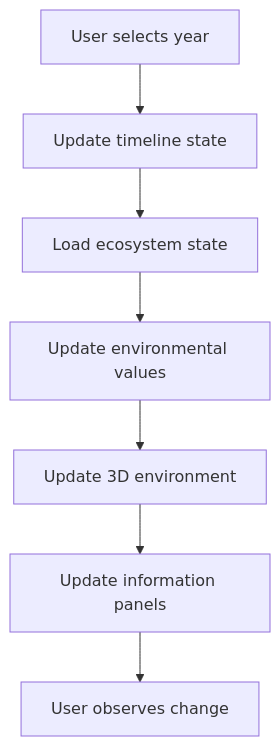
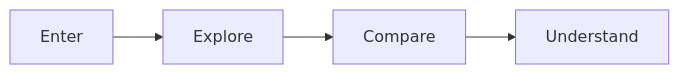
Before and after one commit to KodeMeister-YT/NatureVault: the second of 4 diagrams in README.md, drawn with Mermaid. The commit also changed other lines of this file, not shown here.

````diff
--- a/README.md
+++ b/README.md
@@ -65,9 +81,4 @@
 ```mermaid
-flowchart TD
-    A[User selects year] --> B[Update timeline state]
-    B --> C[Load ecosystem state]
-    C --> D[Update environmental values]
-    D --> E[Update 3D environment]
-    E --> F[Update information panels]
-    F --> G[User observes change]
+flowchart LR
+    A[Enter] --> B[Explore] --> C[Compare] --> D[Understand]
 ```
````
